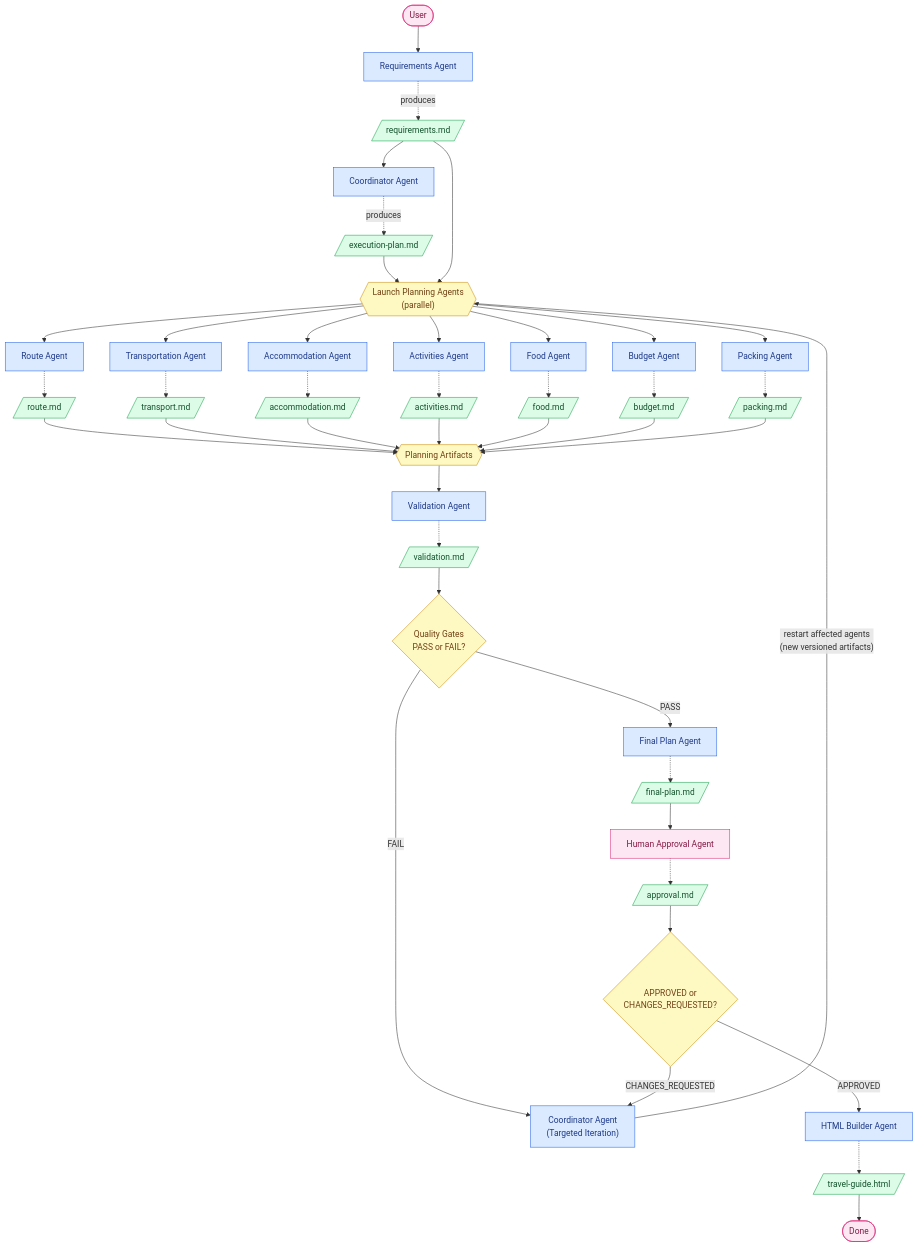
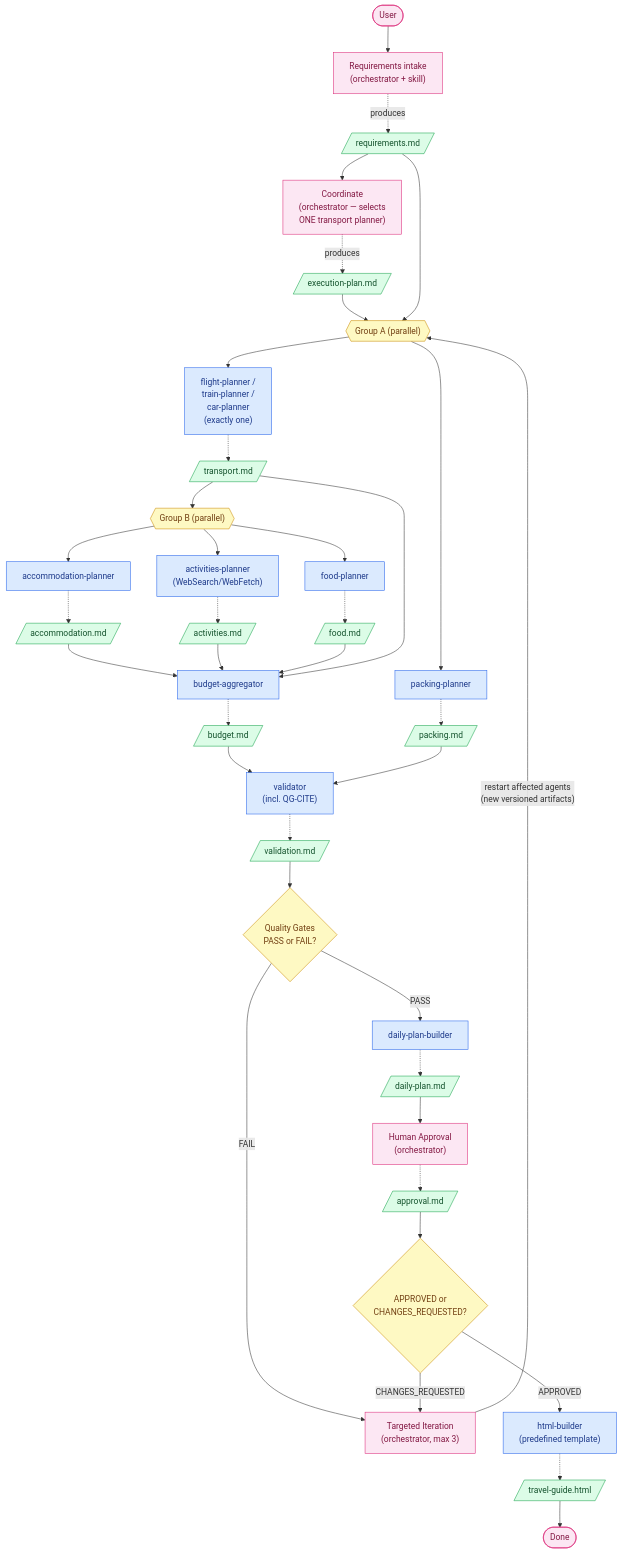
The diagram in docs/ai-travel-planner-requirements.md (mbarycheuski/ai-travel-planner), drawn with Mermaid before and after one commit. The commit also changed other lines of this file and 72 other files, not shown here.

````diff
--- a/docs/ai-travel-planner-requirements.md
+++ b/docs/ai-travel-planner-requirements.md
@@ -655,76 +654,75 @@
 ```mermaid
 flowchart TD
     User([User])
 
     %% Stage 1 - Requirements
-    User --> ReqA["Requirements Agent"]
+    User --> ReqA["Requirements intake<br/>(orchestrator + skill)"]
     ReqA -.->|produces| req[/"requirements.md"/]
 
     %% Stage 2 - Planning
-    req --> Coord["Coordinator Agent"]
+    req --> Coord["Coordinate<br/>(orchestrator — selects<br/>ONE transport planner)"]
     Coord -.->|produces| plan[/"execution-plan.md"/]
 
     %% Stage 3 - Parallel Planning
-    plan --> Fork{{"Launch Planning Agents<br/>(parallel)"}}
-    req --> Fork
+    plan --> ForkA{{"Group A (parallel)"}}
+    req --> ForkA
 
-    Fork --> RouteA["Route Agent"]
-    Fork --> TransA["Transportation Agent"]
-    Fork --> AccA["Accommodation Agent"]
-    Fork --> ActA["Activities Agent"]
-    Fork --> FoodA["Food Agent"]
-    Fork --> BudA["Budget Agent"]
-    Fork --> PackA["Packing Agent"]
+    ForkA --> TransA["flight-planner /<br/>train-planner /<br/>car-planner<br/>(exactly one)"]
+    ForkA --> PackA["packing-planner"]
 
-    RouteA -.-> route[/"route.md"/]
     TransA -.-> transport[/"transport.md"/]
+    PackA -.-> packing[/"packing.md"/]
+
+    transport --> ForkB{{"Group B (parallel)"}}
+    ForkB --> AccA["accommodation-planner"]
+    ForkB --> ActA["activities-planner<br/>(WebSearch/WebFetch)"]
+    ForkB --> FoodA["food-planner"]
+
     AccA -.-> accommodation[/"accommodation.md"/]
     ActA -.-> activities[/"activities.md"/]
     FoodA -.-> food[/"food.md"/]
+
+    accommodation --> BudA["budget-aggregator"]
+    activities --> BudA
+    food --> BudA
+    transport --> BudA
     BudA -.-> budget[/"budget.md"/]
-    PackA -.-> packing[/"packing.md"/]
-
-    route --> Join{{"Planning Artifacts"}}
-    transport --> Join
-    accommodation --> Join
-    activities --> Join
-    food --> Join
-    budget --> Join
-    packing --> Join
 
     %% Stage 4 - Validation
-    Join --> ValA["Validation Agent"]
+    budget --> ValA["validator<br/>(incl. QG-CITE)"]
+    packing --> ValA
     ValA -.-> validation[/"validation.md"/]
     validation --> Gate{"Quality Gates<br/>PASS or FAIL?"}
 
     %% Stage 5 - Targeted Iteration
-    Gate -->|FAIL| Iter["Coordinator Agent<br/>(Targeted Iteration)"]
-    Iter -->|"restart affected agents<br/>(new versioned artifacts)"| Fork
+    Gate -->|FAIL| Iter["Targeted Iteration<br/>(orchestrator, max 3)"]
+    Iter -->|"restart affected agents<br/>(new versioned artifacts)"| ForkA
 
-    %% Stage 6 - Final Plan
-    Gate -->|PASS| FinalA["Final Plan Agent"]
-    FinalA -.-> final[/"final-plan.md"/]
+    %% Stage 6 - Daily Plan
+    Gate -->|PASS| FinalA["daily-plan-builder"]
+    FinalA -.-> final[/"daily-plan.md"/]
 
     %% Stage 7 - Human Approval
-    final --> ApprA["Human Approval Agent"]
+    final --> ApprA["Human Approval<br/>(orchestrator)"]
     ApprA -.-> approval[/"approval.md"/]
     approval --> ApprGate{"APPROVED or<br/>CHANGES_REQUESTED?"}
 
     ApprGate -->|CHANGES_REQUESTED| Iter
 
     %% Stage 8 - HTML Generation
-    ApprGate -->|APPROVED| HtmlA["HTML Builder Agent"]
+    ApprGate -->|APPROVED| HtmlA["html-builder<br/>(predefined template)"]
     HtmlA -.-> html[/"travel-guide.html"/]
     html --> Done([Done])
 
     %% Styling
     classDef agent fill:#dbeafe,stroke:#2563eb,color:#1e3a8a;
     classDef artifact fill:#dcfce7,stroke:#16a34a,color:#14532d;
     classDef gate fill:#fef9c3,stroke:#ca8a04,color:#713f12;
     classDef human fill:#fce7f3,stroke:#db2777,color:#831843;
 
-    class ReqA,Coord,RouteA,TransA,AccA,ActA,FoodA,BudA,PackA,ValA,Iter,FinalA,HtmlA agent;
-    class req,plan,route,transport,accommodation,activities,food,budget,packing,validation,final,approval,html artifact;
-    class Gate,ApprGate,Fork,Join gate;
+    class TransA,PackA,AccA,ActA,FoodA,BudA,ValA,FinalA,HtmlA agent;
+    class ReqA,Coord,Iter human;
+    class req,plan,transport,packing,accommodation,activities,food,budget,validation,final,approval,html artifact;
+    class Gate,ApprGate,ForkA,ForkB gate;
     class User,ApprA,Done human;
 ```
````
